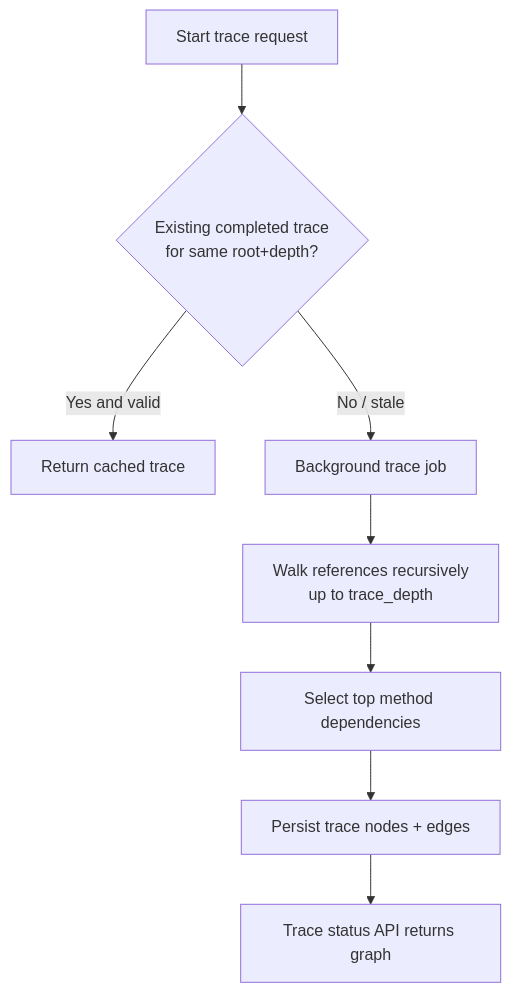
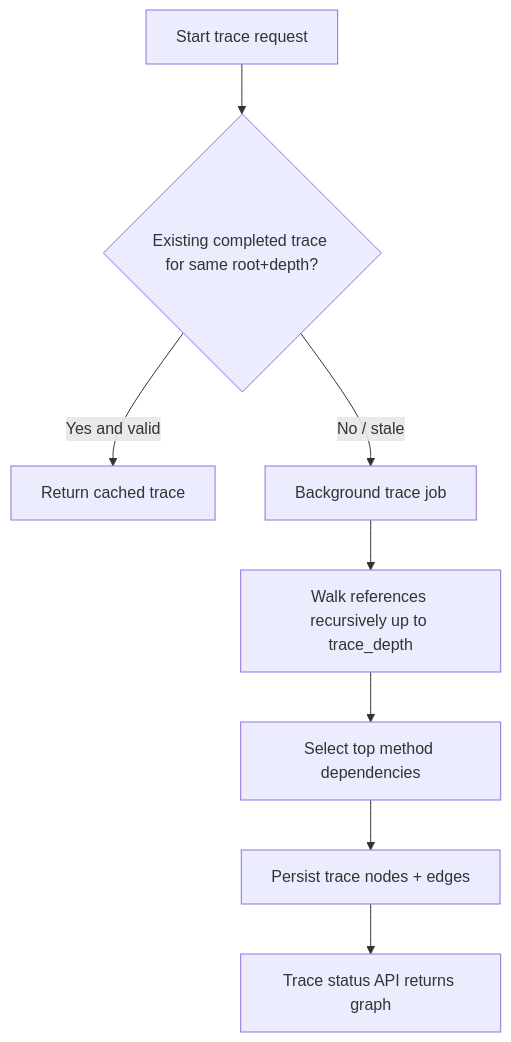
Before and after one commit to Mayaaa311/PaperLineage: the fifth of 9 diagrams in README.md, drawn with Mermaid. The commit also changed other lines of this file and 4 other files, not shown here.

````diff
--- a/README.md
+++ b/README.md
@@ -111,11 +111,11 @@
 ```mermaid
 flowchart TD
-  T[Start trace request] --> E{Existing completed trace\nfor same root+depth?}
-  E -->|Yes and valid| R1[Return cached trace]
-  E -->|No / stale| B[Background trace job]
+  T["Start trace request"] --> E{"Existing completed trace for same root+depth?"}
+  E -->|Yes and valid| R1["Return cached trace"]
+  E -->|No / stale| B["Background trace job"]
 
-  B --> W[Walk references recursively\nup to trace_depth]
-  W --> K[Select top method dependencies]
-  K --> G[Persist trace nodes + edges]
-  G --> R2[Trace status API returns graph]
+  B --> W["Walk references recursively up to trace_depth"]
+  W --> K["Select top method dependencies"]
+  K --> G["Persist trace nodes + edges"]
+  G --> R2["Trace status API returns graph"]
 ```
````
